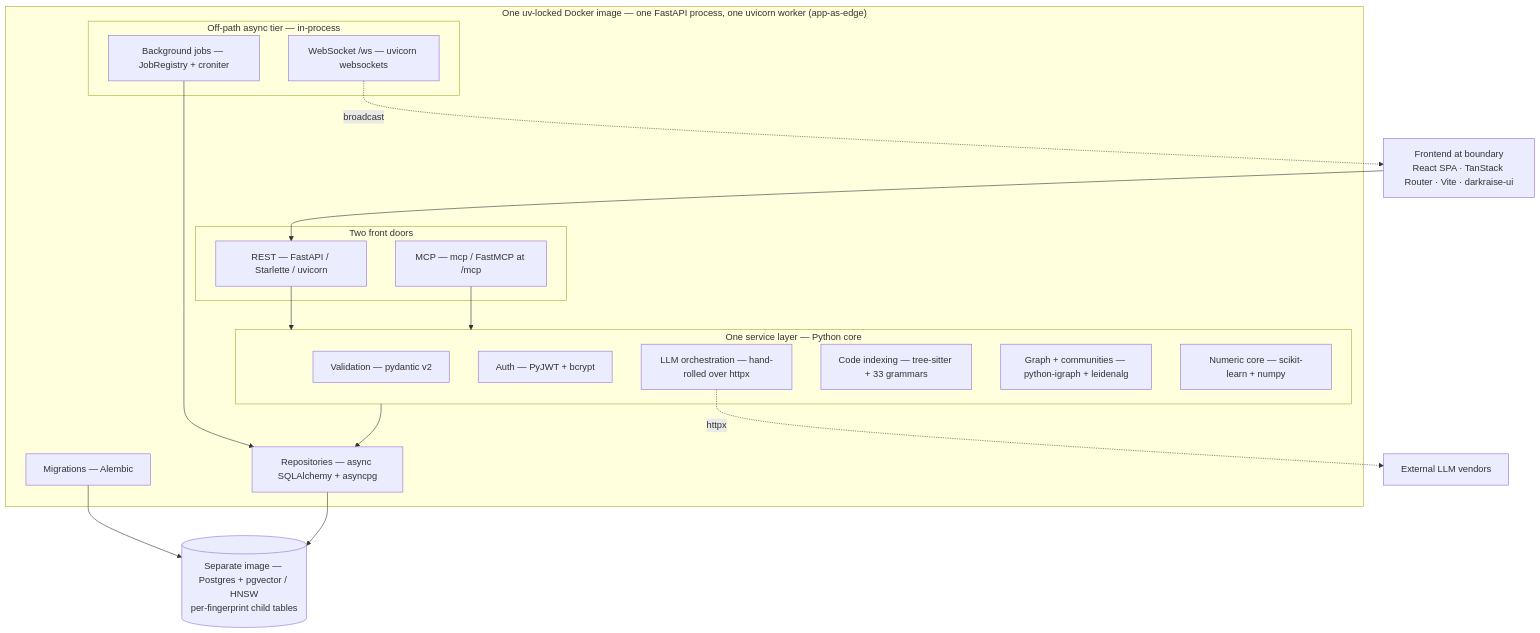
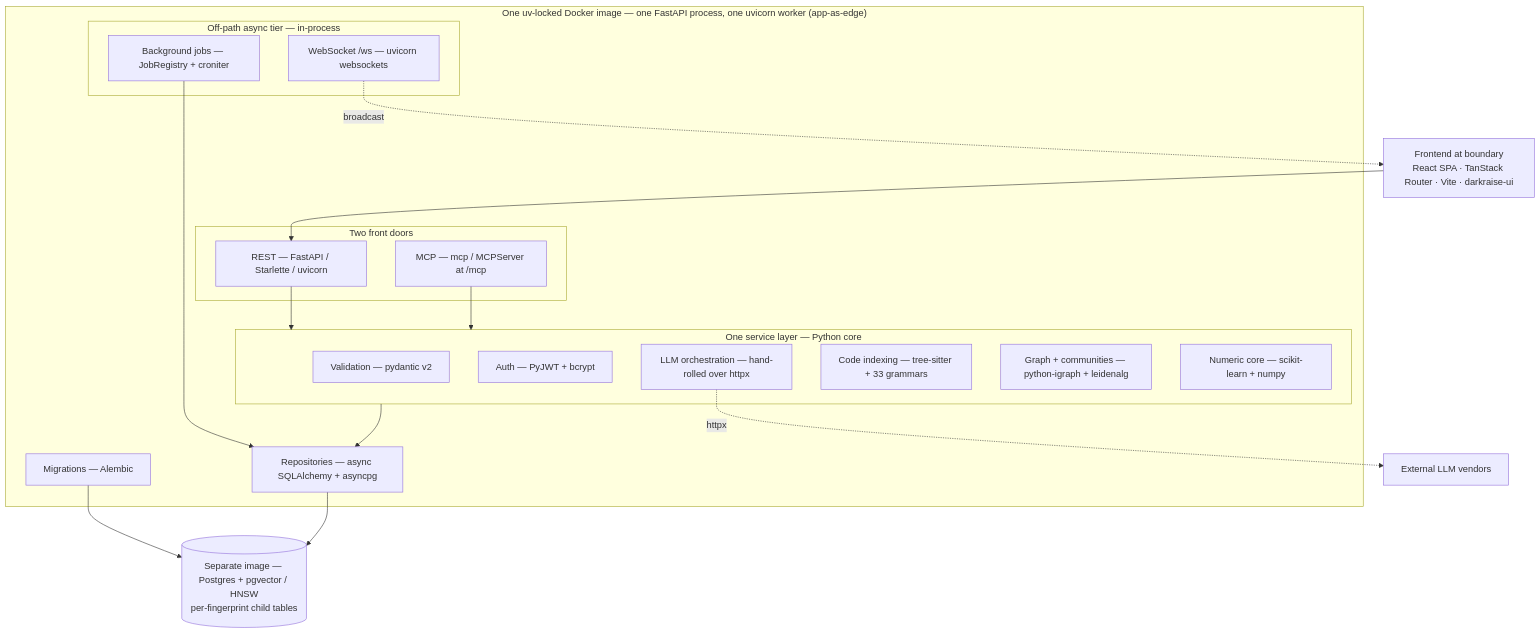
One commit to darkraise/darkmem changed the second of 2 diagrams in docs/design/03-technology-and-stack-decisions.md. Above: the diagram before and after it, drawn with Mermaid. The commit also changed other lines of this file and 18 other files, not shown here.

````diff
--- a/docs/design/03-technology-and-stack-decisions.md
+++ b/docs/design/03-technology-and-stack-decisions.md
@@ -129,38 +129,38 @@
 ```mermaid
 flowchart TD
     UI["Frontend at boundary<br/>React SPA · TanStack Router · Vite · darkraise-ui"]
     VENDORS["External LLM vendors"]
 
     subgraph image["One uv-locked Docker image — one FastAPI process, one uvicorn worker (app-as-edge)"]
         subgraph doors["Two front doors"]
             REST["REST — FastAPI / Starlette / uvicorn"]
-            MCP["MCP — mcp / FastMCP at /mcp"]
+            MCP["MCP — mcp / MCPServer at /mcp"]
         end
         subgraph service["One service layer — Python core"]
             VAL["Validation — pydantic v2"]
             AUTH["Auth — PyJWT + bcrypt"]
             LLM["LLM orchestration — hand-rolled over httpx"]
             CODE["Code indexing — tree-sitter + 33 grammars"]
             GRAPH["Graph + communities — python-igraph + leidenalg"]
             NUM["Numeric core — scikit-learn + numpy"]
         end
         subgraph offpath["Off-path async tier — in-process"]
             JOBS["Background jobs — JobRegistry + croniter"]
             WS["WebSocket /ws — uvicorn websockets"]
         end
         REPO["Repositories — async SQLAlchemy + asyncpg"]
         MIG["Migrations — Alembic"]
     end
 
     PG[("Separate image — Postgres + pgvector / HNSW<br/>per-fingerprint child tables")]
 
     UI --> REST
     REST --> service
     MCP --> service
     service --> REPO
     JOBS --> REPO
     MIG --> PG
     REPO --> PG
     LLM -. httpx .-> VENDORS
     WS -. broadcast .-> UI
 ```
````
